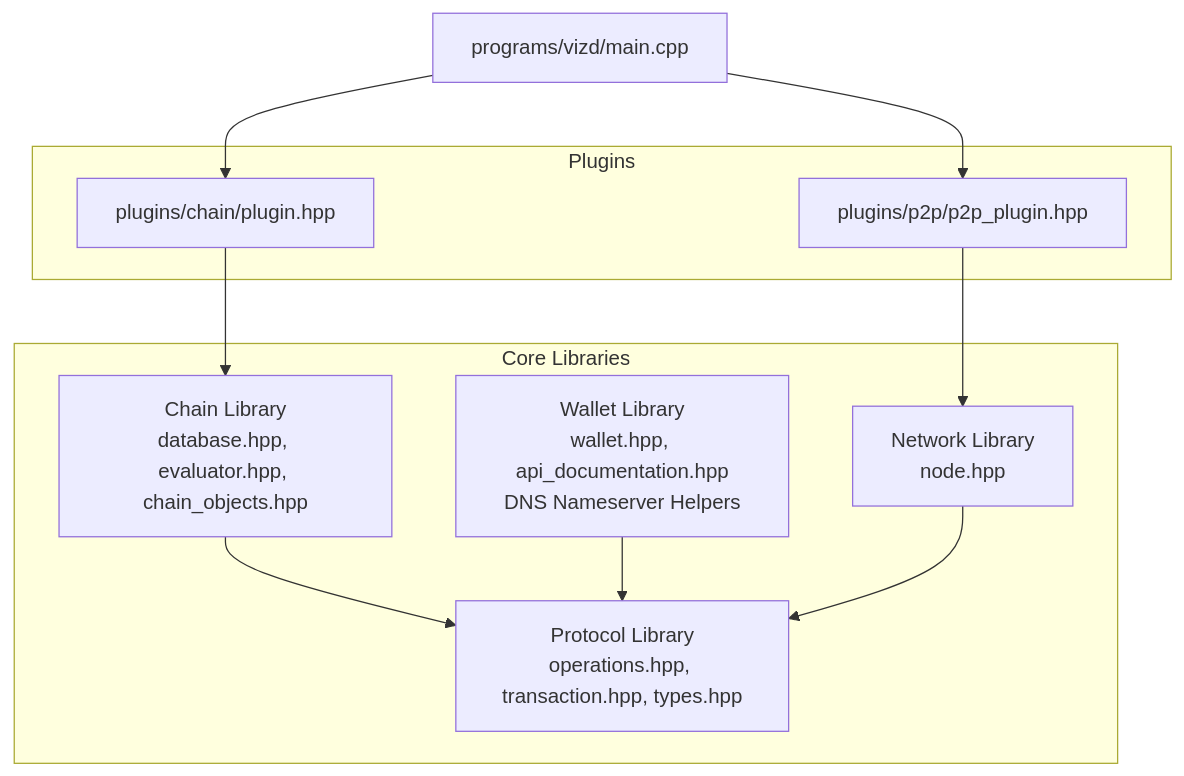
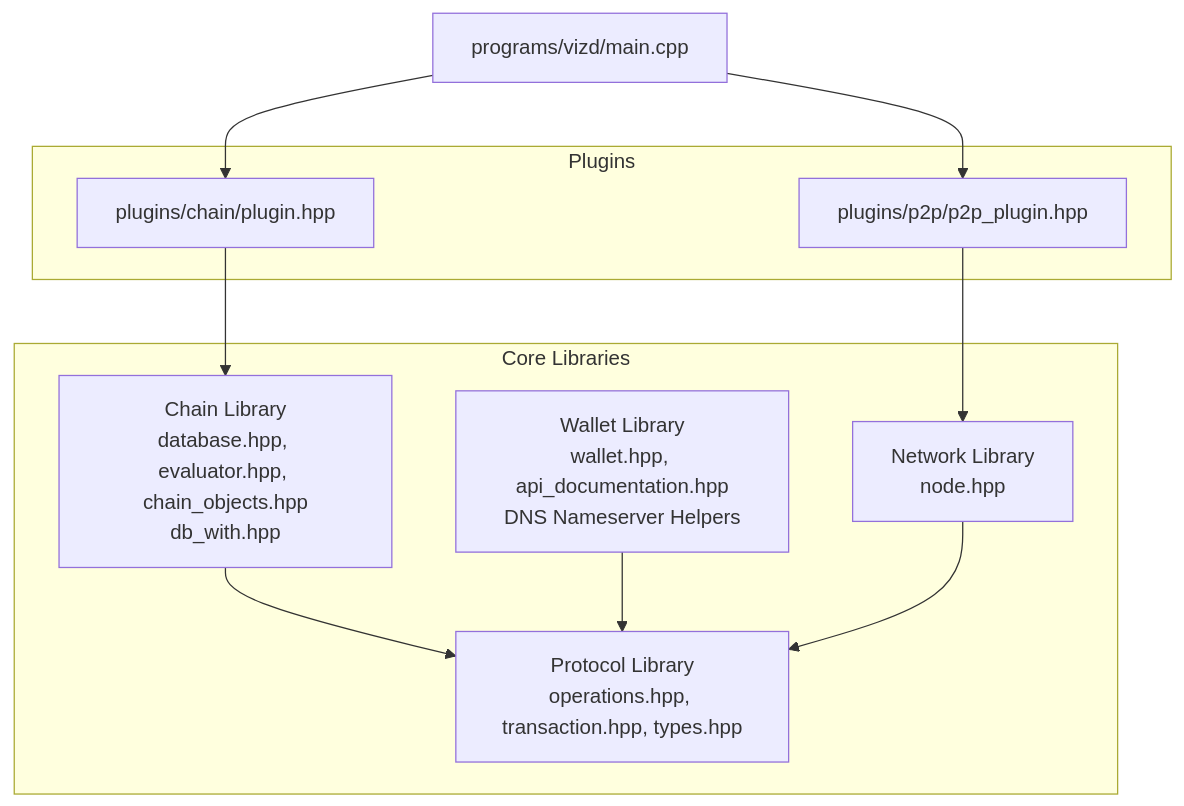
One commit to VIZ-Blockchain/viz-cpp-node changed the first of 12 diagrams in .qoder/repowiki/en/content/Core Libraries.md. Above: the diagram before and after it, drawn with Mermaid. The commit also changed other lines of this file and 3 other files, not shown here.

````diff
--- a/.qoder/repowiki/en/content/Core Libraries.md
+++ b/.qoder/repowiki/en/content/Core Libraries.md
@@ -68,21 +69,21 @@
 ```mermaid
 graph TB
 subgraph "Core Libraries"
-CHAIN["Chain Library<br/>database.hpp, evaluator.hpp, chain_objects.hpp"]
+CHAIN["Chain Library<br/>database.hpp, evaluator.hpp, chain_objects.hpp<br/>db_with.hpp"]
 PROTO["Protocol Library<br/>operations.hpp, transaction.hpp, types.hpp"]
 NET["Network Library<br/>node.hpp"]
 WALLET["Wallet Library<br/>wallet.hpp, api_documentation.hpp<br/>DNS Nameserver Helpers"]
 end
 subgraph "Plugins"
 PL_CHAIN["plugins/chain/plugin.hpp"]
 PL_P2P["plugins/p2p/p2p_plugin.hpp"]
 end
 MAIN["programs/vizd/main.cpp"]
 MAIN --> PL_CHAIN
 MAIN --> PL_P2P
 PL_CHAIN --> CHAIN
 PL_P2P --> NET
 CHAIN --> PROTO
 WALLET --> PROTO
 NET --> PROTO
 ```
````
